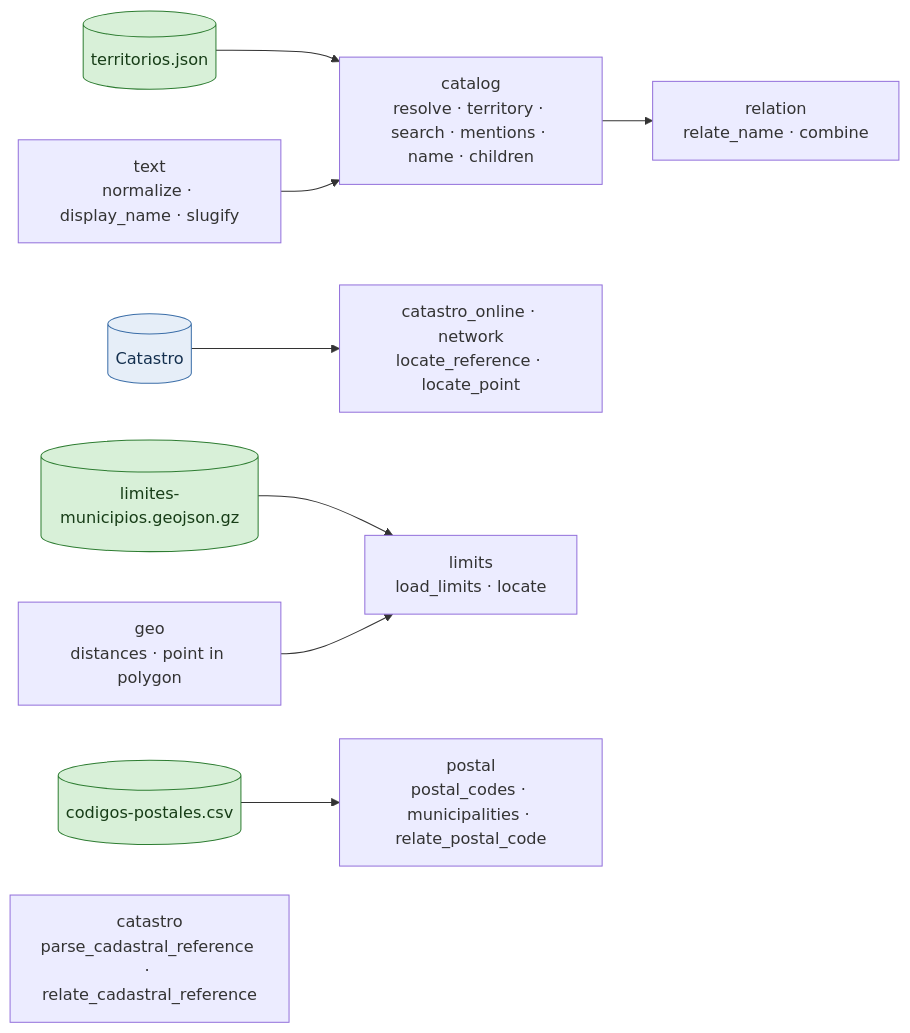
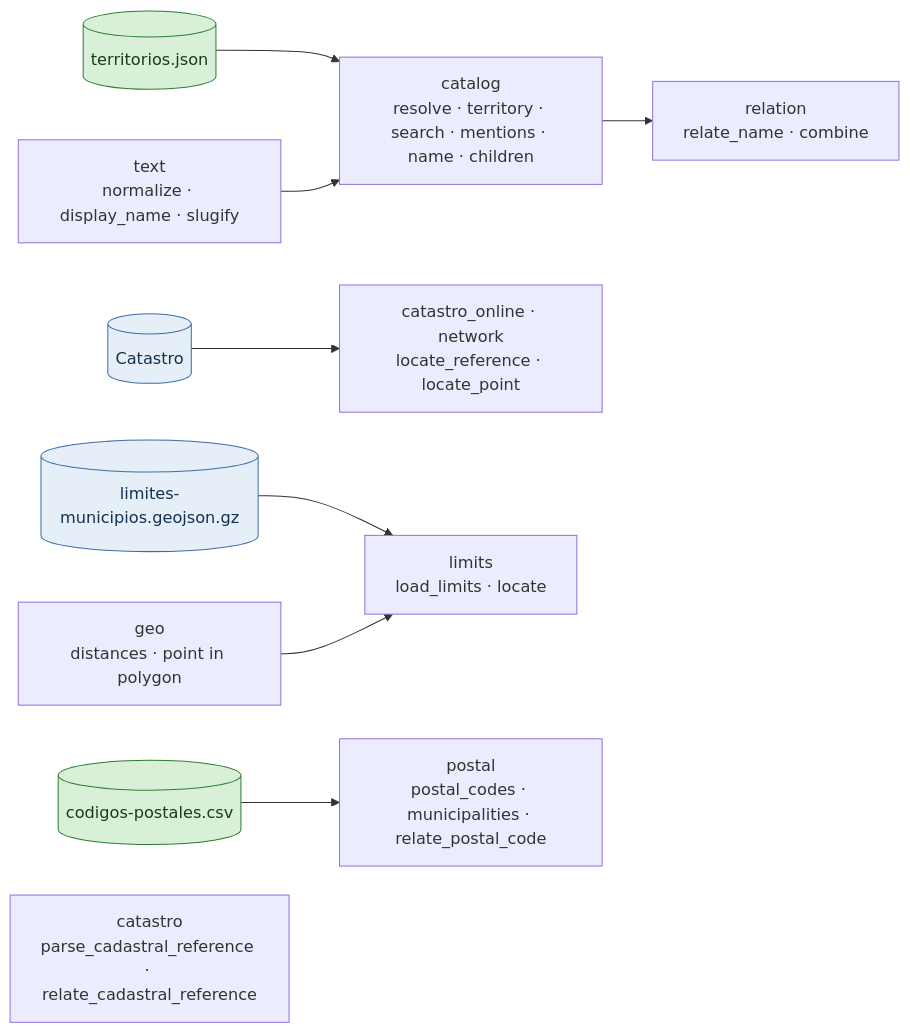
One commit to alertapublica/territorios-es changed the sixth of 6 diagrams in docs/status.md. Above: the diagram before and after it, drawn with Mermaid. The commit also changed other lines of this file and 8 other files, not shown here.

````diff
--- a/docs/status.md
+++ b/docs/status.md
@@ -365,25 +384,26 @@
 ```mermaid
 flowchart LR
+  accTitle: Library
   d_Catastro[("Catastro")]:::box
   d_codigos_postales_csv[("codigos-postales.csv")]:::done
-  d_limites_municipios_geojson_gz[("limites-municipios.geojson.gz")]:::done
+  d_limites_municipios_geojson_gz[("limites-municipios.geojson.gz")]:::box
   d_territorios_json[("territorios.json")]:::done
   m_catalog["catalog<br>resolve · territory · search · mentions · name · children"]
   d_territorios_json --> m_catalog
   m_relation["relation<br>relate_name · combine"]
   m_text["text<br>normalize · display_name · slugify"]
   m_geo["geo<br>distances · point in polygon"]
   m_catastro["catastro<br>parse_cadastral_reference · relate_cadastral_reference"]
   m_catastro_online["catastro_online · network<br>locate_reference · locate_point"]
   d_Catastro --> m_catastro_online
   m_limits["limits<br>load_limits · locate"]
   d_limites_municipios_geojson_gz --> m_limits
   m_postal["postal<br>postal_codes · municipalities · relate_postal_code"]
   d_codigos_postales_csv --> m_postal
   m_text --> m_catalog
   m_catalog --> m_relation
   m_geo --> m_limits
   classDef done fill:#d8f0d8,stroke:#2e7d32,color:#173d17
   classDef todo fill:#fdecc8,stroke:#b26a00,color:#4a2c00,stroke-dasharray:4 3
   classDef box fill:#e6eef8,stroke:#3b6ea8,color:#14304f
 ```
````
